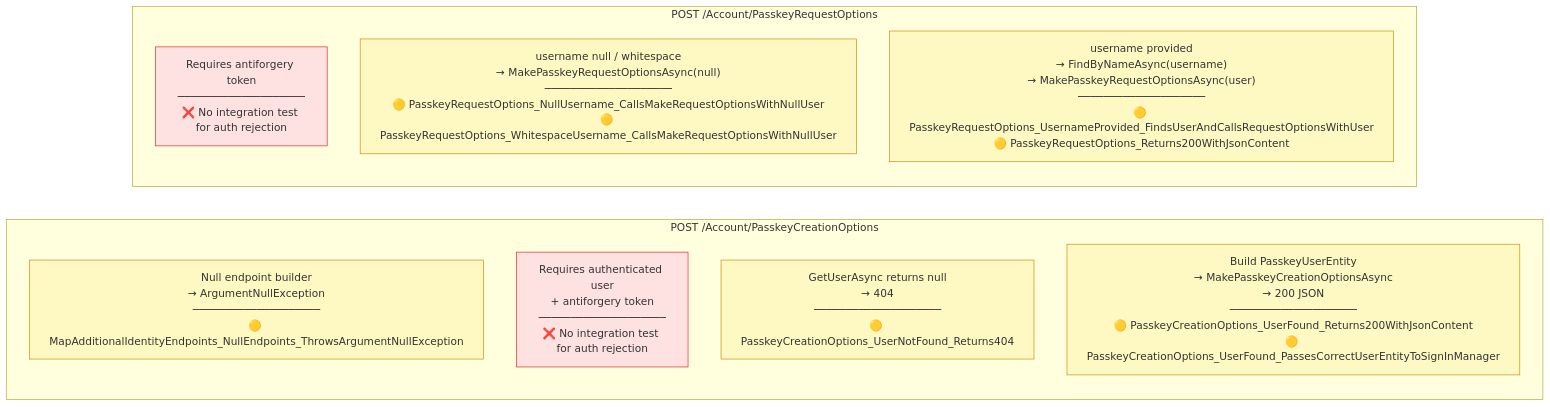
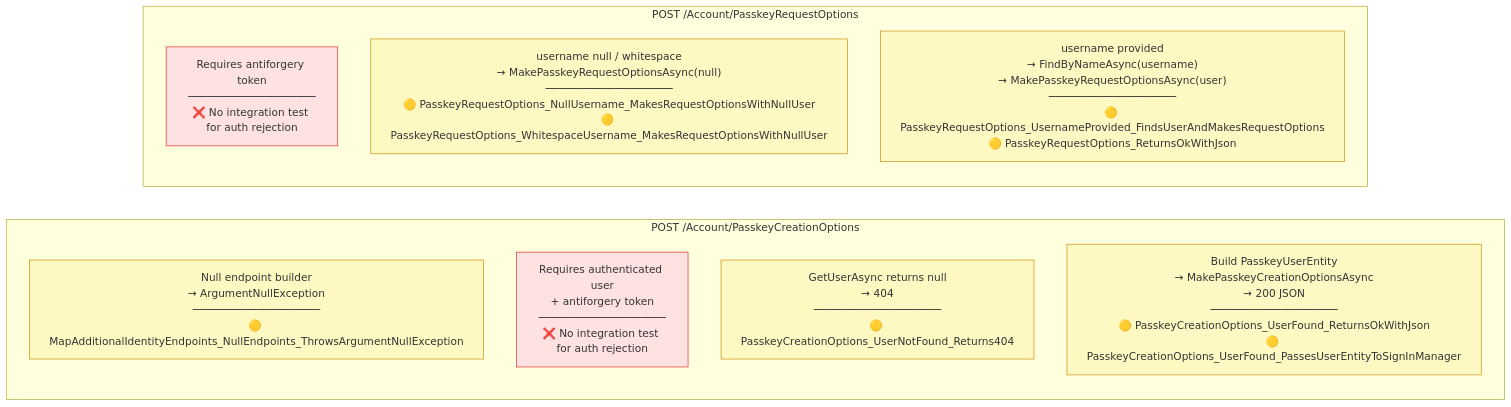
One commit to crgolden/Identity changed diagram 13 of 16 in TESTING.md. Above: the diagram before and after it, drawn with Mermaid. The commit also changed other lines of this file and 54 other files, not shown here.

````diff
--- a/TESTING.md
+++ b/TESTING.md
@@ -951,23 +951,23 @@
 ```mermaid
 flowchart LR
     classDef unitOnly fill:#fef9c3,stroke:#ca8a04
     classDef noTest fill:#fee2e2,stroke:#dc2626
 
     subgraph CreationOpts["POST /Account/PasskeyCreationOptions"]
         CO_Guard["Null endpoint builder\n→ ArgumentNullException\n────────────────────\n🟡 MapAdditionalIdentityEndpoints_NullEndpoints_ThrowsArgumentNullException"]:::unitOnly
 
         CO_Auth["Requires authenticated user\n+ antiforgery token\n────────────────────\n❌ No integration test for auth rejection"]:::noTest
 
         CO_NotFound["GetUserAsync returns null\n→ 404\n────────────────────\n🟡 PasskeyCreationOptions_UserNotFound_Returns404"]:::unitOnly
 
-        CO_Found["Build PasskeyUserEntity\n→ MakePasskeyCreationOptionsAsync\n→ 200 JSON\n────────────────────\n🟡 PasskeyCreationOptions_UserFound_Returns200WithJsonContent\n🟡 PasskeyCreationOptions_UserFound_PassesCorrectUserEntityToSignInManager"]:::unitOnly
+        CO_Found["Build PasskeyUserEntity\n→ MakePasskeyCreationOptionsAsync\n→ 200 JSON\n────────────────────\n🟡 PasskeyCreationOptions_UserFound_ReturnsOkWithJson\n🟡 PasskeyCreationOptions_UserFound_PassesUserEntityToSignInManager"]:::unitOnly
     end
 
     subgraph RequestOpts["POST /Account/PasskeyRequestOptions"]
         RO_Auth["Requires antiforgery token\n────────────────────\n❌ No integration test for auth rejection"]:::noTest
 
-        RO_Null["username null / whitespace\n→ MakePasskeyRequestOptionsAsync(null)\n────────────────────\n🟡 PasskeyRequestOptions_NullUsername_CallsMakeRequestOptionsWithNullUser\n🟡 PasskeyRequestOptions_WhitespaceUsername_CallsMakeRequestOptionsWithNullUser"]:::unitOnly
+        RO_Null["username null / whitespace\n→ MakePasskeyRequestOptionsAsync(null)\n────────────────────\n🟡 PasskeyRequestOptions_NullUsername_MakesRequestOptionsWithNullUser\n🟡 PasskeyRequestOptions_WhitespaceUsername_MakesRequestOptionsWithNullUser"]:::unitOnly
 
-        RO_Found["username provided\n→ FindByNameAsync(username)\n→ MakePasskeyRequestOptionsAsync(user)\n────────────────────\n🟡 PasskeyRequestOptions_UsernameProvided_FindsUserAndCallsRequestOptionsWithUser\n🟡 PasskeyRequestOptions_Returns200WithJsonContent"]:::unitOnly
+        RO_Found["username provided\n→ FindByNameAsync(username)\n→ MakePasskeyRequestOptionsAsync(user)\n────────────────────\n🟡 PasskeyRequestOptions_UsernameProvided_FindsUserAndMakesRequestOptions\n🟡 PasskeyRequestOptions_ReturnsOkWithJson"]:::unitOnly
     end
 ```
````
